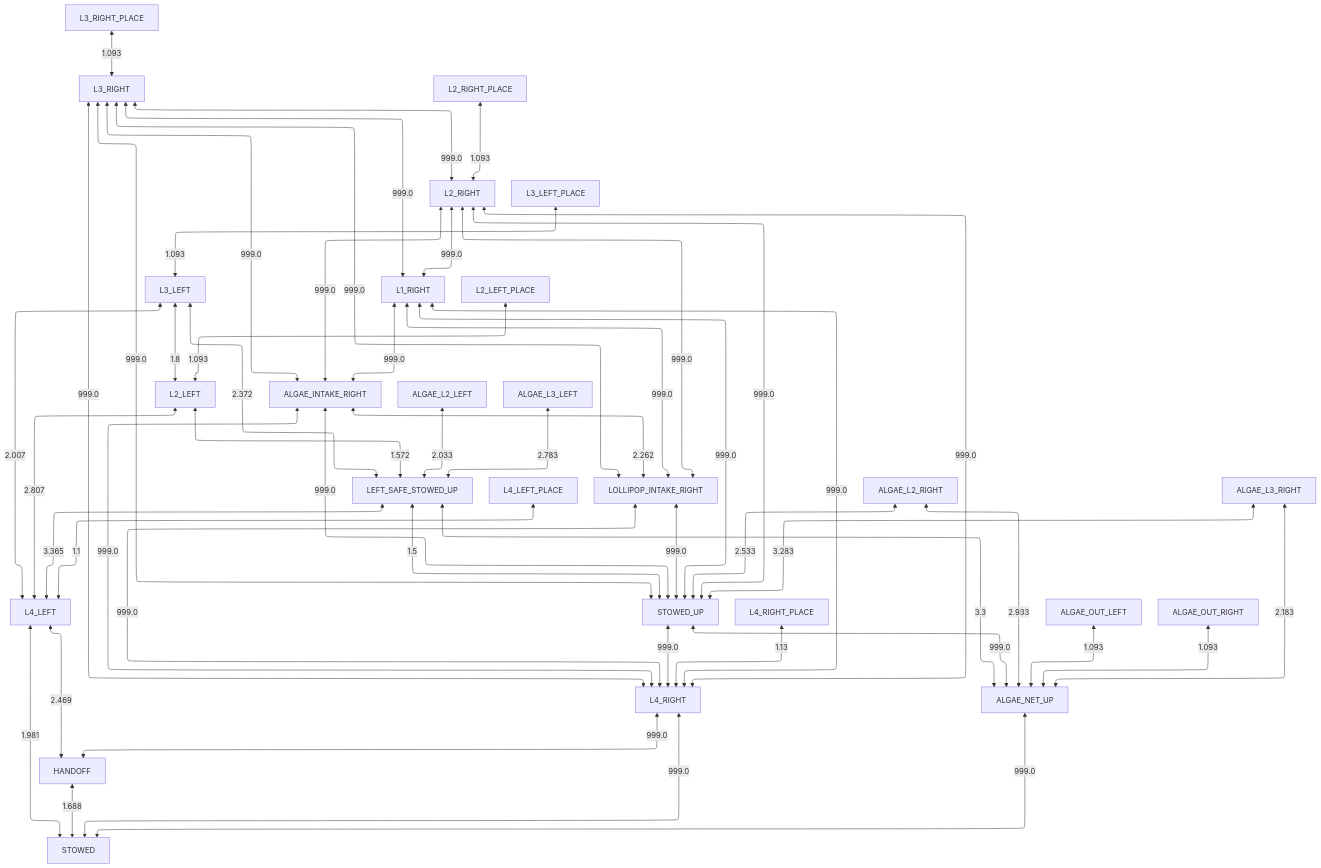
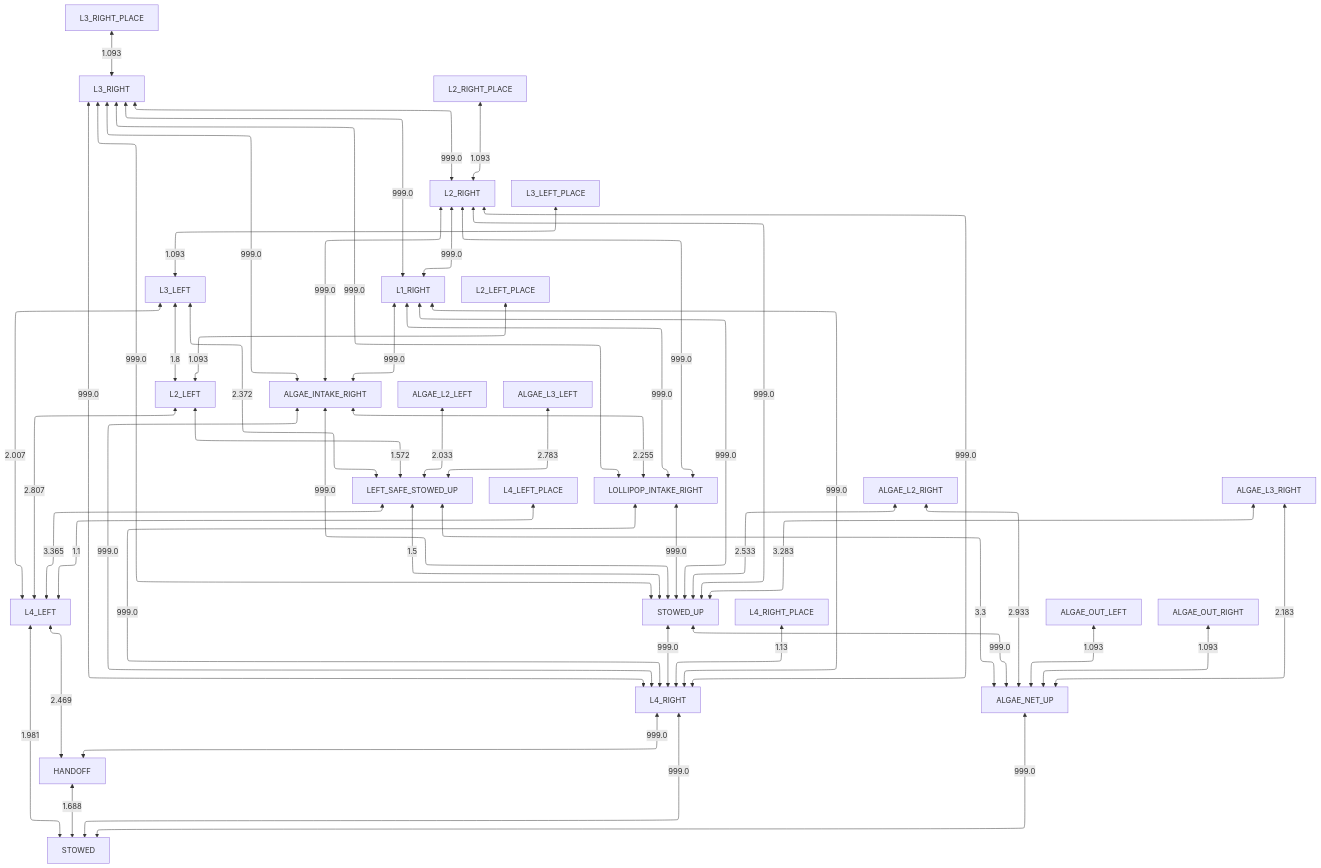
Before and after one commit to team581/offseason-2025-comp: the diagram in docs/collision_avoidance/right_obstructed.md, drawn with Mermaid. The commit also changed 2 other files, not shown here.

Commit message:
[autofix.ci] apply automated fixes

````diff
--- a/docs/collision_avoidance/right_obstructed.md
+++ b/docs/collision_avoidance/right_obstructed.md
@@ -3,55 +3,55 @@
 ```mermaid
 %%{ init: { "flowchart": { "defaultRenderer": "elk" } } }%%
 graph TD
 
 HANDOFF <-- 1.688 --> STOWED
 L4_LEFT <-- 1.981 --> STOWED
 L4_RIGHT <-- 999.0 --> STOWED
 ALGAE_NET_UP <-- 999.0 --> STOWED
 L4_LEFT <-- 2.469 --> HANDOFF
 L4_RIGHT <-- 999.0 --> HANDOFF
 LEFT_SAFE_STOWED_UP <-- 3.365 --> L4_LEFT
 L2_LEFT <-- 2.807 --> L4_LEFT
 L3_LEFT <-- 2.007 --> L4_LEFT
 L4_LEFT_PLACE <-- 1.1 --> L4_LEFT
 STOWED_UP <-- 999.0 --> L4_RIGHT
 ALGAE_INTAKE_RIGHT <-- 999.0 --> L4_RIGHT
 LOLLIPOP_INTAKE_RIGHT <-- 999.0 --> L4_RIGHT
 L1_RIGHT <-- 999.0 --> L4_RIGHT
 L2_RIGHT <-- 999.0 --> L4_RIGHT
 L3_RIGHT <-- 999.0 --> L4_RIGHT
 L4_RIGHT_PLACE <-- 1.13 --> L4_RIGHT
 LEFT_SAFE_STOWED_UP <-- 3.3 --> ALGAE_NET_UP
 STOWED_UP <-- 999.0 --> ALGAE_NET_UP
 ALGAE_OUT_LEFT <-- 1.093 --> ALGAE_NET_UP
 ALGAE_OUT_RIGHT <-- 1.093 --> ALGAE_NET_UP
 ALGAE_L2_RIGHT <-- 2.933 --> ALGAE_NET_UP
 ALGAE_L3_RIGHT <-- 2.183 --> ALGAE_NET_UP
 LEFT_SAFE_STOWED_UP <-- 1.5 --> STOWED_UP
 LOLLIPOP_INTAKE_RIGHT <-- 999.0 --> STOWED_UP
 ALGAE_INTAKE_RIGHT <-- 999.0 --> STOWED_UP
 L1_RIGHT <-- 999.0 --> STOWED_UP
 L2_RIGHT <-- 999.0 --> STOWED_UP
 L3_RIGHT <-- 999.0 --> STOWED_UP
 ALGAE_L2_RIGHT <-- 2.533 --> STOWED_UP
 ALGAE_L3_RIGHT <-- 3.283 --> STOWED_UP
 L2_LEFT <-- 1.572 --> LEFT_SAFE_STOWED_UP
 L3_LEFT <-- 2.372 --> LEFT_SAFE_STOWED_UP
 ALGAE_L2_LEFT <-- 2.033 --> LEFT_SAFE_STOWED_UP
 ALGAE_L3_LEFT <-- 2.783 --> LEFT_SAFE_STOWED_UP
-ALGAE_INTAKE_RIGHT <-- 2.262 --> LOLLIPOP_INTAKE_RIGHT
+ALGAE_INTAKE_RIGHT <-- 2.255 --> LOLLIPOP_INTAKE_RIGHT
 L1_RIGHT <-- 999.0 --> LOLLIPOP_INTAKE_RIGHT
 L2_RIGHT <-- 999.0 --> LOLLIPOP_INTAKE_RIGHT
 L3_RIGHT <-- 999.0 --> LOLLIPOP_INTAKE_RIGHT
 L1_RIGHT <-- 999.0 --> ALGAE_INTAKE_RIGHT
 L2_RIGHT <-- 999.0 --> ALGAE_INTAKE_RIGHT
 L3_RIGHT <-- 999.0 --> ALGAE_INTAKE_RIGHT
 L3_LEFT <-- 1.8 --> L2_LEFT
 L2_LEFT_PLACE <-- 1.093 --> L2_LEFT
 L3_LEFT_PLACE <-- 1.093 --> L3_LEFT
 L2_RIGHT <-- 999.0 --> L1_RIGHT
 L3_RIGHT <-- 999.0 --> L1_RIGHT
 L3_RIGHT <-- 999.0 --> L2_RIGHT
 L2_RIGHT_PLACE <-- 1.093 --> L2_RIGHT
 L3_RIGHT_PLACE <-- 1.093 --> L3_RIGHT
 ```
````
